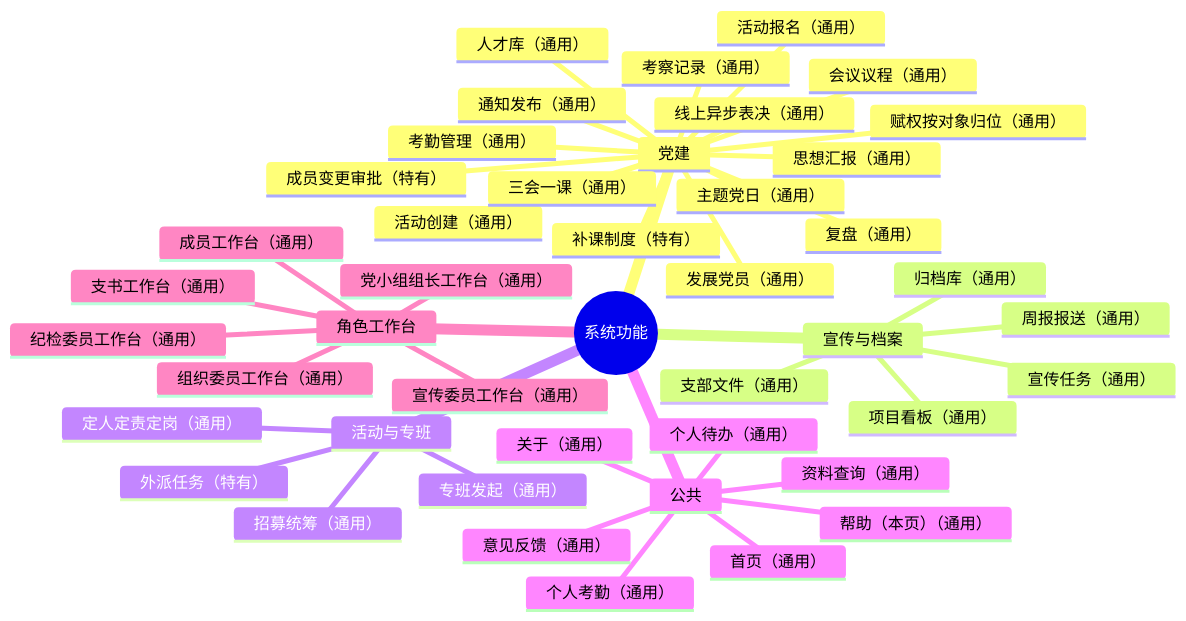
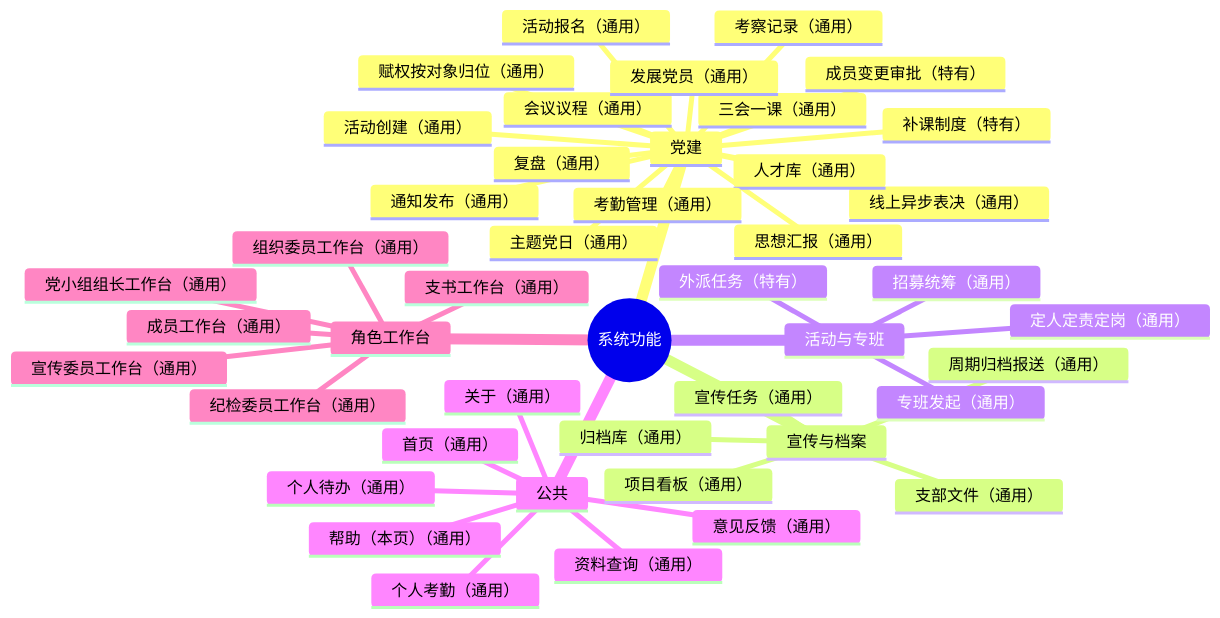
One commit to czhgo/GSM1921-SOP changed the diagram in README.md. Above: the diagram before and after it, drawn with Mermaid. The commit also changed 398 other files, not shown here.

````diff
--- a/README.md
+++ b/README.md
@@ -51,47 +51,47 @@
 ```mermaid
 mindmap
   root((系统功能))
     党建
       活动创建（通用）
       会议议程（通用）
       三会一课（通用）
       主题党日（通用）
       活动报名（通用）
       赋权按对象归位（通用）
       通知发布（通用）
       线上异步表决（通用）
       发展党员（通用）
       人才库（通用）
       考察记录（通用）
       考勤管理（通用）
       补课制度（特有）
       复盘（通用）
       思想汇报（通用）
       成员变更审批（特有）
     宣传与档案
       宣传任务（通用）
       项目看板（通用）
-      周报报送（通用）
+      周期归档报送（通用）
       支部文件（通用）
       归档库（通用）
     活动与专班
       专班发起（通用）
       招募统筹（通用）
       定人定责定岗（通用）
       外派任务（特有）
     公共
       首页（通用）
       资料查询（通用）
       意见反馈（通用）
       个人待办（通用）
       个人考勤（通用）
       帮助（本页）（通用）
       关于（通用）
     角色工作台
       支书工作台（通用）
       组织委员工作台（通用）
       宣传委员工作台（通用）
       纪检委员工作台（通用）
       党小组组长工作台（通用）
       成员工作台（通用）
 ```
````
